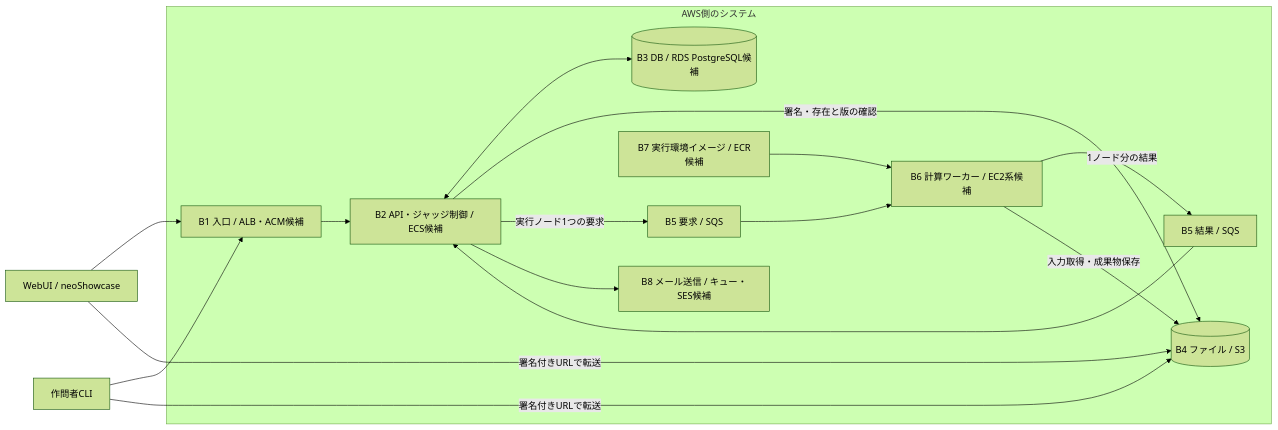
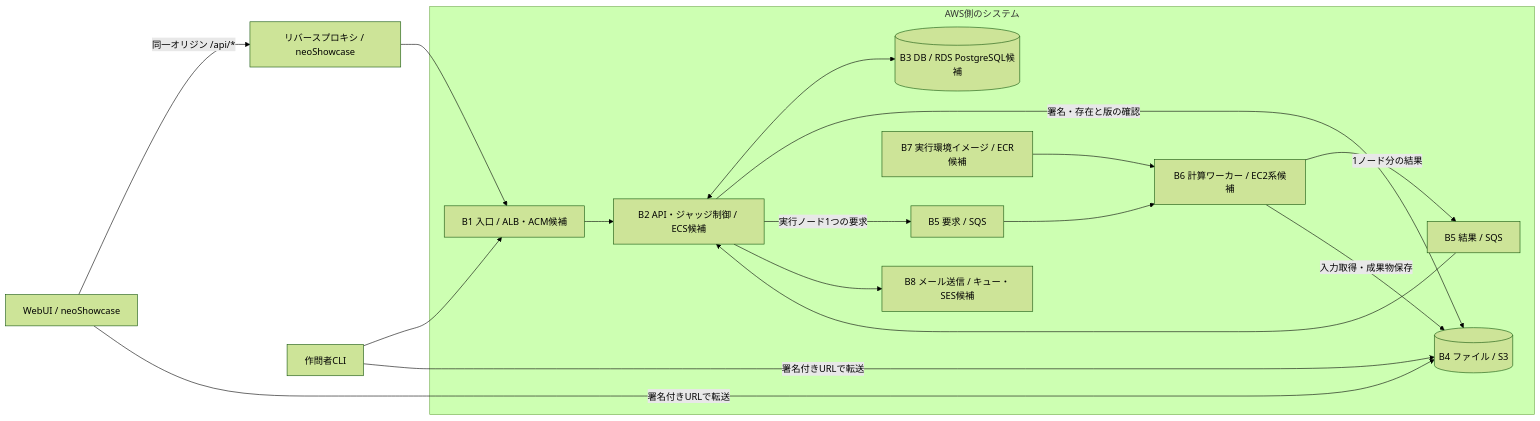
Before and after one commit to traP-jp/traOJudge: the diagram in docs/services/aws-building-blocks.md, drawn with Mermaid (forest theme). The commit also changed other lines of this file and 36 other files, not shown here.

First line of the commit message:
feat(authentication): Update email change and registration flows

````diff
--- a/docs/services/aws-building-blocks.md
+++ b/docs/services/aws-building-blocks.md
@@ -13,19 +15,20 @@
 ```mermaid
 flowchart LR
-    UI[WebUI / neoShowcase] --> Entry
+    UI[WebUI / neoShowcase] -->|同一オリジン /api/*| Proxy[リバースプロキシ / neoShowcase]
+    Proxy --> Entry
     CLI[作問者CLI] --> Entry
     subgraph AWS[AWS側のシステム]
         Entry[B1 入口 / ALB・ACM候補] --> App[B2 API・ジャッジ制御 / ECS候補]
         App <--> DB[(B3 DB / RDS PostgreSQL候補)]
         App -->|署名・存在と版の確認| Files[(B4 ファイル / S3)]
         App -->|実行ノード1つの要求| Req[B5 要求 / SQS]
         Req --> Worker[B6 計算ワーカー / EC2系候補]
         Worker -->|1ノード分の結果| Res[B5 結果 / SQS]
         Res --> App
         Worker -->|入力取得・成果物保存| Files
         Images[B7 実行環境イメージ / ECR候補] --> Worker
         App --> Mail[B8 メール送信 / キュー・SES候補]
     end
     UI -->|署名付きURLで転送| Files
     CLI -->|署名付きURLで転送| Files
 ```
````
